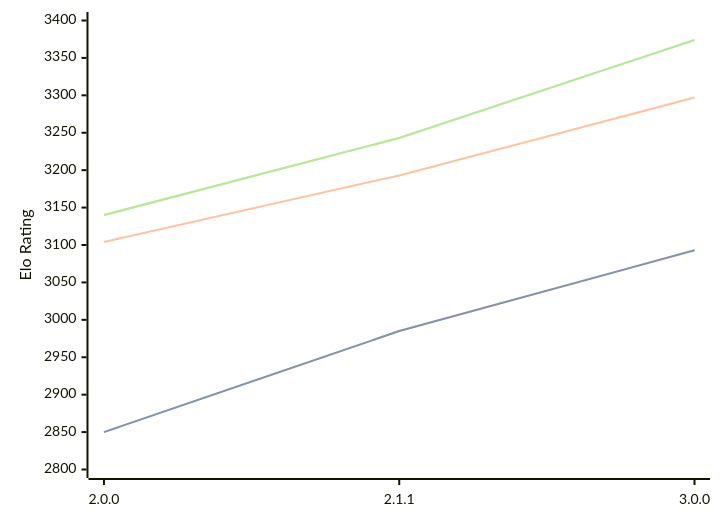
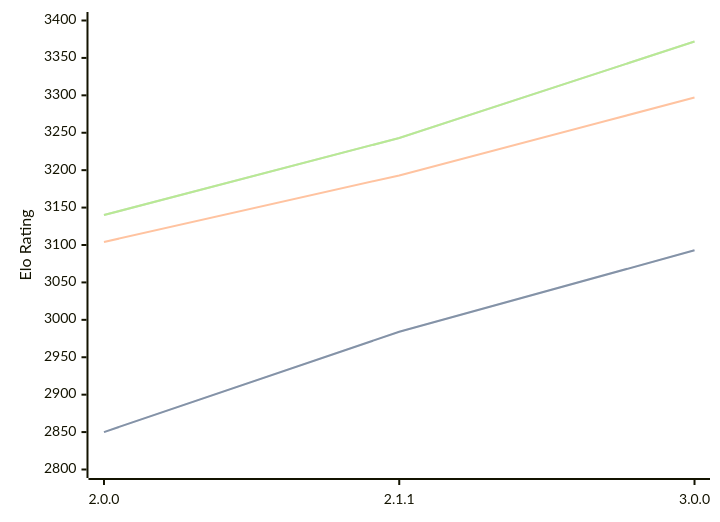
One commit to computer-chess-index/cci changed the first of 3 diagrams in engines/Bread.md. Above: the diagram before and after it, drawn with Mermaid. The commit also changed other lines of this file, not shown here.

Commit message:
Update CCI Ratings (ELO VLTC) - 2026-06-26

````diff
--- a/engines/Bread.md
+++ b/engines/Bread.md
@@ -52,11 +53,11 @@
 ```mermaid
 %%{init: {"theme":"base","themeVariables":{"seriesColors:['#a3a3a3','#222221','#faa371']}}}%%
 xychart-beta
   x-axis ["2.0.0", "2.1.1", "3.0.0"]
   y-axis "Elo Rating" 2800 --> 3400
-  line "STC (8.0+0.08s)" [2850, 2985, 3093]
-  line "STC (8.0+0.08s)" [2850, 2985, 3093]
+  line "STC (8.0+0.08s)" [2850, 2984, 3093]
+  line "STC (8.0+0.08s)" [2850, 2984, 3093]
   line "LTC (60.0+0.60s)" [3104, 3193, 3297]
-  line "VLTC (2m24s+1.12s)" [3140, 3243, 3374]
-  line "VLTC (2m24s+1.12s)" [3140, 3243, 3374]
+  line "VLTC (2m24s+1.12s)" [3140, 3243, 3372]
+  line "VLTC (2m24s+1.12s)" [3140, 3243, 3372]
 ```
````
